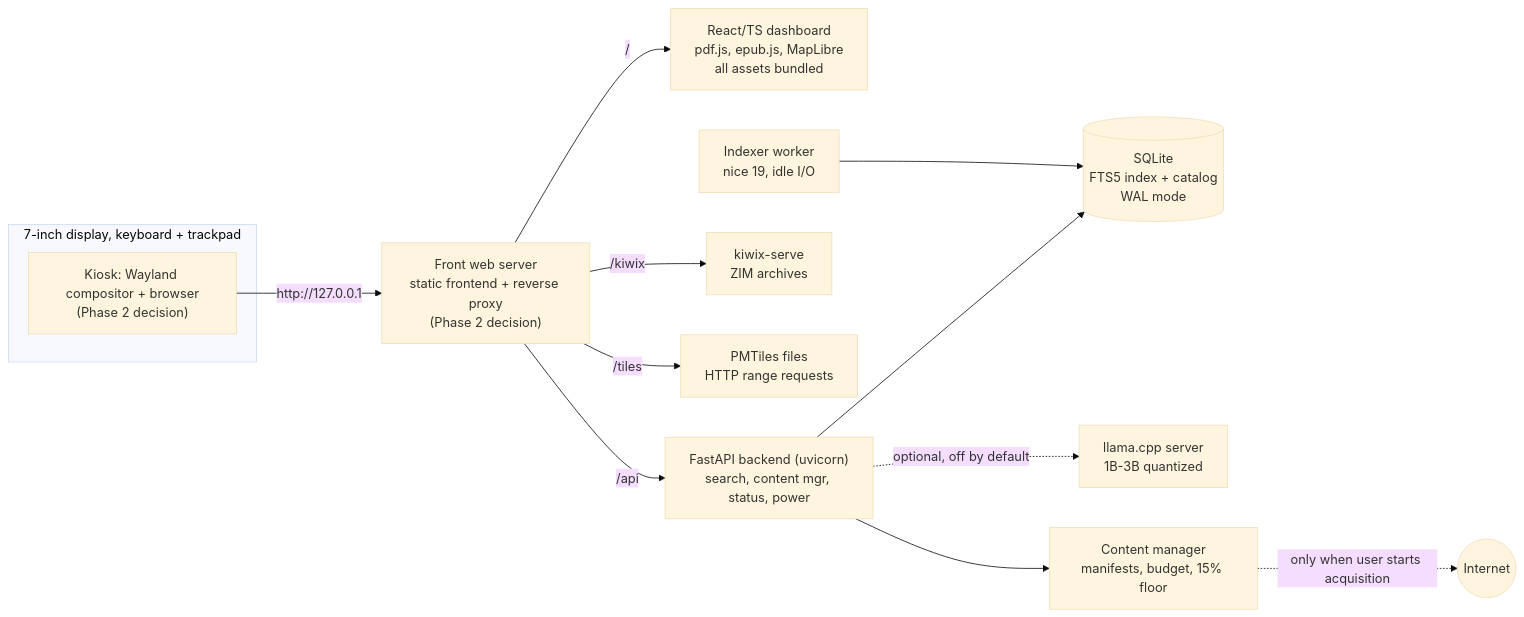
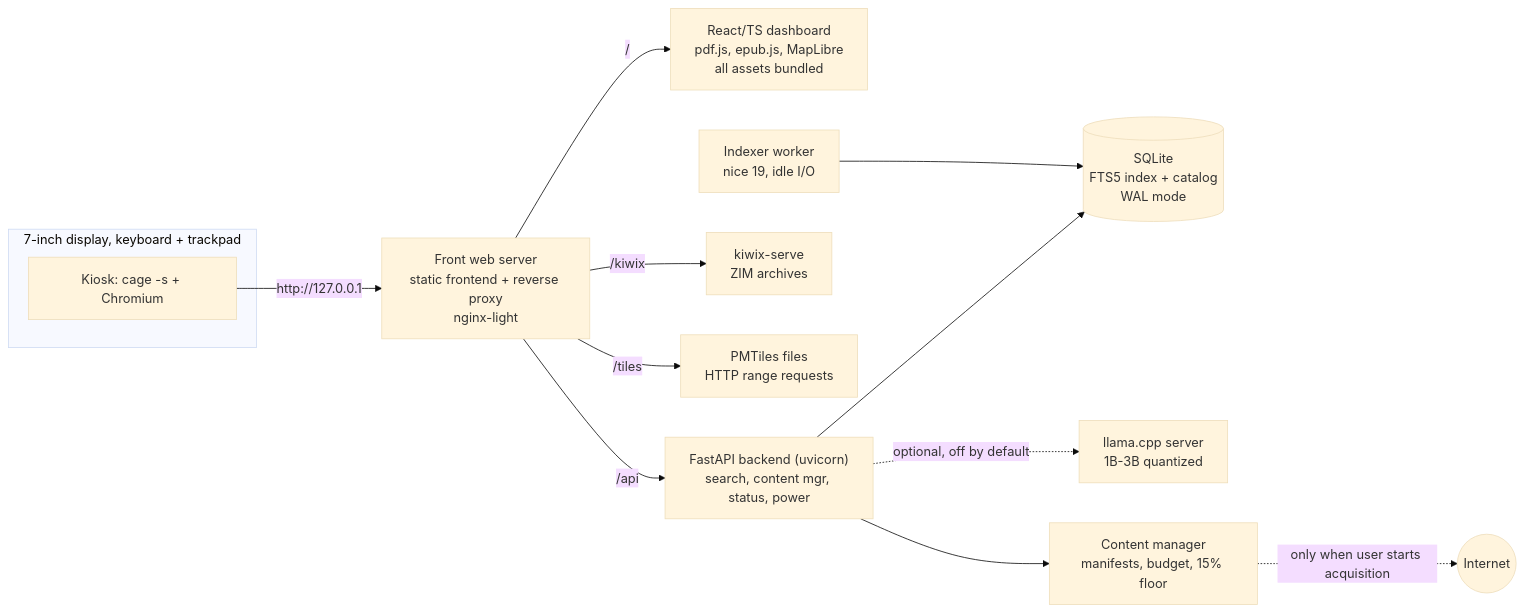
One commit to cloudelmore/survival-os changed the diagram in docs/ARCHITECTURE.md. Above: the diagram before and after it, drawn with Mermaid (base theme). The commit also changed other lines of this file and 42 other files, not shown here.

````diff
--- a/docs/ARCHITECTURE.md
+++ b/docs/ARCHITECTURE.md
@@ -20,16 +19,16 @@
 ```mermaid
 flowchart LR
   subgraph Display["7-inch display, keyboard + trackpad"]
-    K["Kiosk: Wayland compositor + browser<br/>(Phase 2 decision)"]
+    K["Kiosk: cage -s + Chromium"]
   end
-  K -->|http://127.0.0.1| W["Front web server<br/>static frontend + reverse proxy<br/>(Phase 2 decision)"]
+  K -->|http://127.0.0.1| W["Front web server<br/>static frontend + reverse proxy<br/>nginx-light"]
   W -->|/| FE["React/TS dashboard<br/>pdf.js, epub.js, MapLibre<br/>all assets bundled"]
   W -->|/api| API["FastAPI backend (uvicorn)<br/>search, content mgr, status, power"]
   W -->|/kiwix| KX["kiwix-serve<br/>ZIM archives"]
   W -->|/tiles| PM["PMTiles files<br/>HTTP range requests"]
   API --> DB[("SQLite<br/>FTS5 index + catalog<br/>WAL mode")]
   IDX["Indexer worker<br/>nice 19, idle I/O"] --> DB
   API -.optional, off by default.-> LLM["llama.cpp server<br/>1B-3B quantized"]
   API --> CM["Content manager<br/>manifests, budget, 15% floor"]
   CM -.only when user starts acquisition.-> NET(("Internet"))
 ```
````
